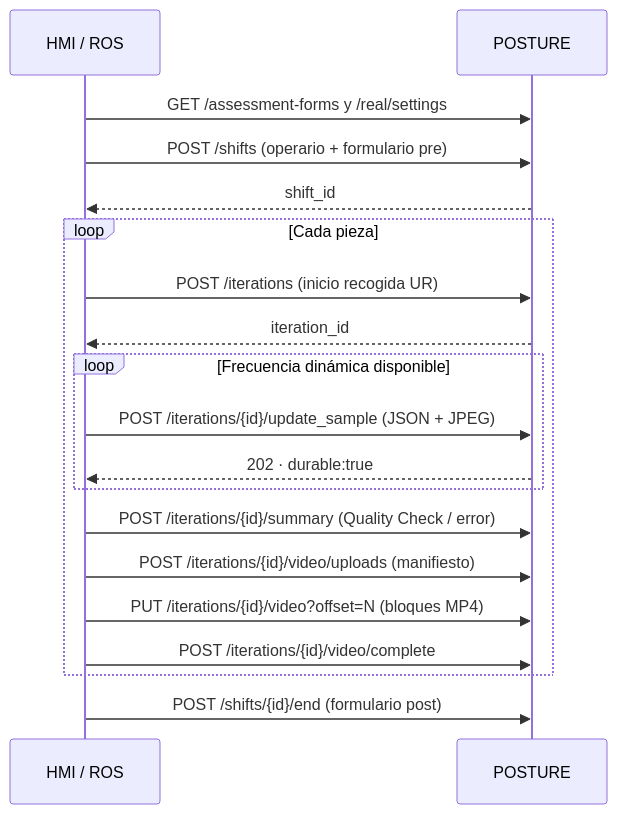
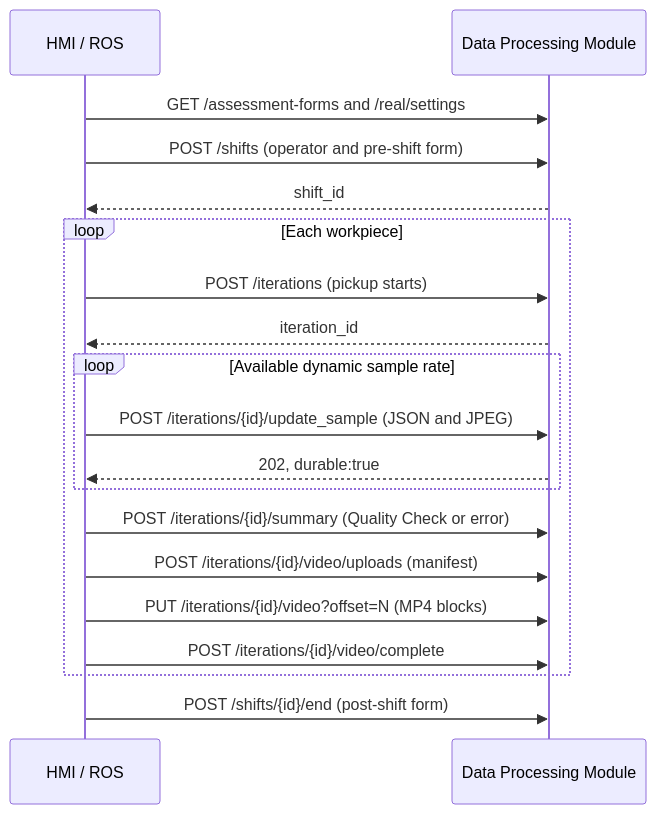
One commit to 3dperceptionlab/Posture changed the diagram in docs/ROS_API.md. Above: the diagram before and after it, drawn with Mermaid. The commit also changed other lines of this file and 32 other files, not shown here.

````diff
--- a/docs/ROS_API.md
+++ b/docs/ROS_API.md
@@ -55,21 +46,21 @@
 ```mermaid
 sequenceDiagram
     participant H as HMI / ROS
-    participant P as POSTURE
-    H->>P: GET /assessment-forms y /real/settings
-    H->>P: POST /shifts (operario + formulario pre)
+    participant P as Data Processing Module
+    H->>P: GET /assessment-forms and /real/settings
+    H->>P: POST /shifts (operator and pre-shift form)
     P-->>H: shift_id
-    loop Cada pieza
-        H->>P: POST /iterations (inicio recogida UR)
+    loop Each workpiece
+        H->>P: POST /iterations (pickup starts)
         P-->>H: iteration_id
-        loop Frecuencia dinámica disponible
-            H->>P: POST /iterations/{id}/update_sample (JSON + JPEG)
-            P-->>H: 202 · durable:true
+        loop Available dynamic sample rate
+            H->>P: POST /iterations/{id}/update_sample (JSON and JPEG)
+            P-->>H: 202, durable:true
         end
-        H->>P: POST /iterations/{id}/summary (Quality Check / error)
-        H->>P: POST /iterations/{id}/video/uploads (manifiesto)
-        H->>P: PUT /iterations/{id}/video?offset=N (bloques MP4)
+        H->>P: POST /iterations/{id}/summary (Quality Check or error)
+        H->>P: POST /iterations/{id}/video/uploads (manifest)
+        H->>P: PUT /iterations/{id}/video?offset=N (MP4 blocks)
         H->>P: POST /iterations/{id}/video/complete
     end
-    H->>P: POST /shifts/{id}/end (formulario post)
+    H->>P: POST /shifts/{id}/end (post-shift form)
 ```
````
